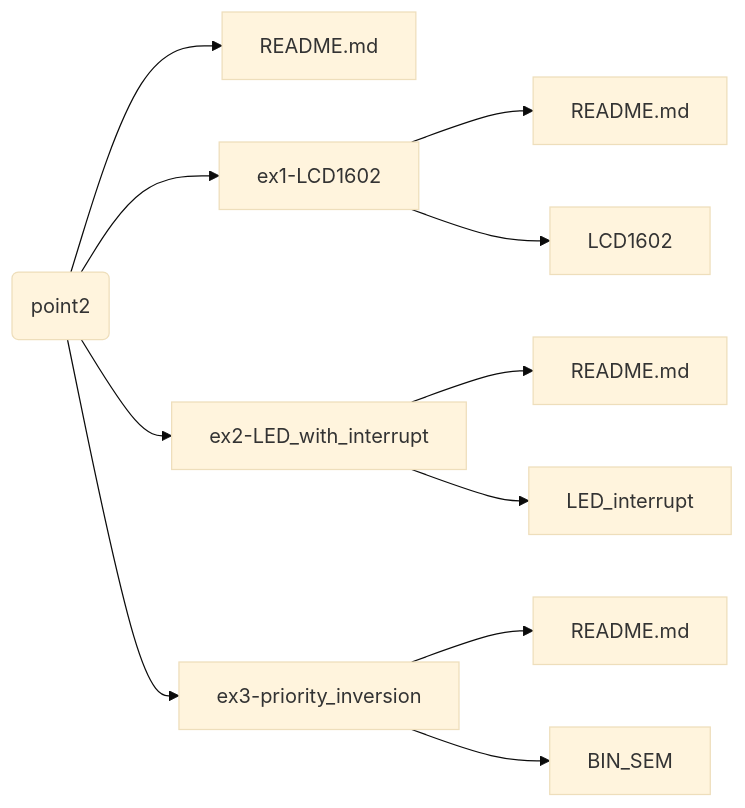
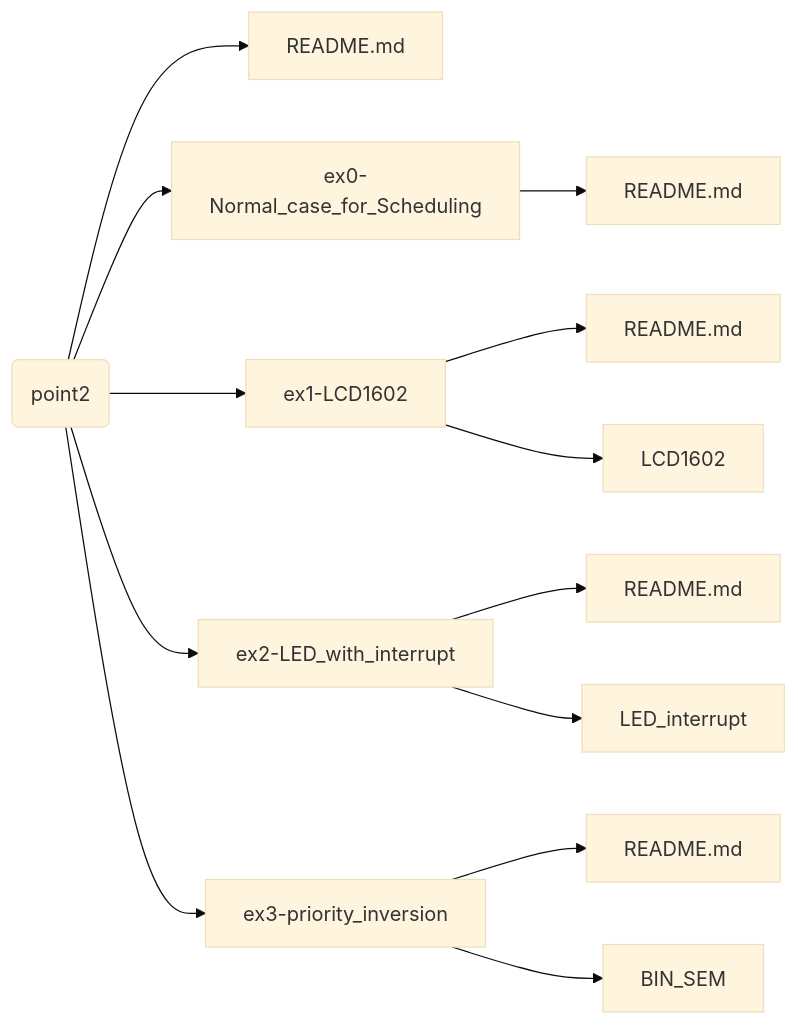
The diagram in README.md (smokyisthatyou/STM32Nucleo64), drawn with Mermaid before and after one commit. The commit also changed other lines of this file, not shown here.

````diff
--- a/README.md
+++ b/README.md
@@ -10,29 +11,32 @@
 ```mermaid
 %%{init: {'theme':'base'}}%%
 graph LR;
 p(point2)
 A[README.md];
 B[README.md];
 C[README.md];
 D[README.md];
+E[README.md];
 p-->A;
+p-->ex0-Normal_case_for_Scheduling
 p-->ex1-LCD1602;
 p-->ex2-LED_with_interrupt;
 p-->ex3-priority_inversion;
+ex0-Normal_case_for_Scheduling-->E;
 ex2-LED_with_interrupt-->B;
 ex2-LED_with_interrupt-->LED_interrupt;
 ex1-LCD1602-->D;
 ex1-LCD1602-->LCD1602
 ex3-priority_inversion --> C;
 ex3-priority_inversion --> BIN_SEM;
 
 click p href "https://baltig.polito.it/caos2023/group2/-/tree/point2" "Link to point2";
 click README.md href "https://baltig.polito.it/caos2023/group2/-/tree/point2/README.md" "Link to point2.md";
 click ex1-LCD1602 href "https://baltig.polito.it/caos2023/group2/-/tree/point2/ex1-LCD1602" "Link to ex1-LCD1602";
 click ex2-LED_with_interrupt href "https://baltig.polito.it/caos2023/group2/-/tree/point2/ex2-LED_with_interrupt" "Link to ex2-LED_with_interrupt";
 click README.md href "https://baltig.polito.it/caos2023/group2/-/tree/point2/ex2-LED_with_interrupt/README.md" "Link to README.md";
 click LED_interrupt href "https://baltig.polito.it/caos2023/group2/-/tree/point2/ex2-LED_with_interrupt/LED_interrupt" "Link to LED_interrupt";
 click ex3-priority_inversion href "https://baltig.polito.it/caos2023/group2/-/tree/point1/tutorial_pictures" "Link to ex3-priority_inversion";
 click README.md href "https://baltig.polito.it/caos2023/group2/-/tree/point2/ex3-priority_inversion/README.md" "Link to README.md";
 click BIN_SEM href "https://baltig.polito.it/caos2023/group2/-/tree/point2/ex3-priority_inversion/BIN_SEM" "Link to BIN_SEM";
 ```
````
